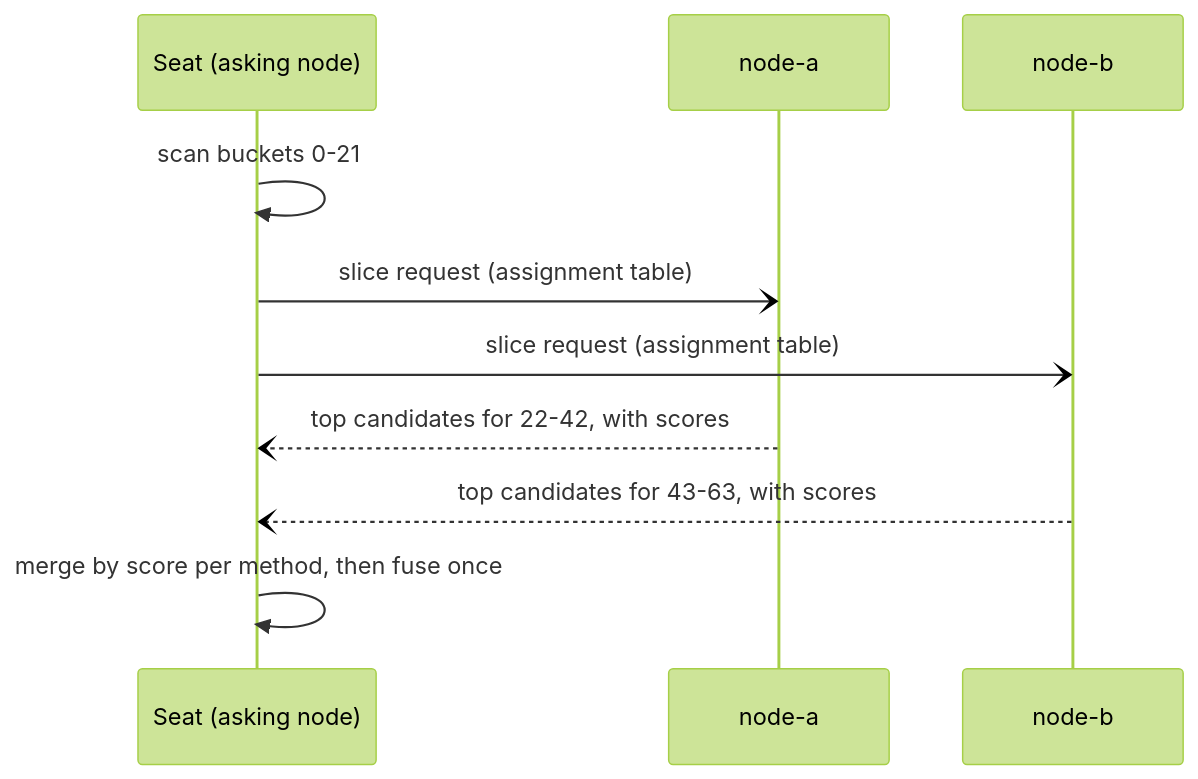
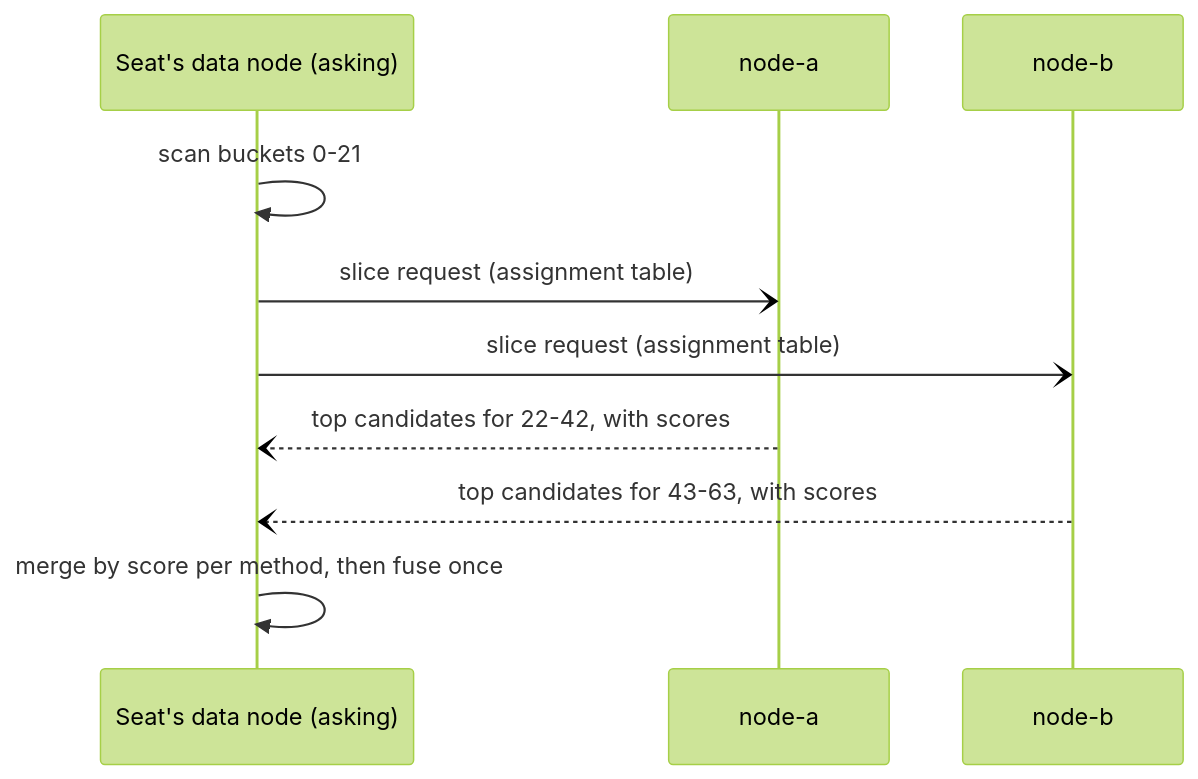
The diagram in docs/guides/search.md (crewlet/crewlet), drawn with Mermaid (forest theme) before and after one commit. The commit also changed other lines of this file and 106 other files, not shown here.

````diff
--- a/docs/guides/search.md
+++ b/docs/guides/search.md
@@ -184,12 +186,12 @@
 ```mermaid
 sequenceDiagram
-    participant S as Seat (asking node)
+    participant S as Seat's data node (asking)
     participant A as node-a
     participant B as node-b
     S->>S: scan buckets 0-21
     S-)A: slice request (assignment table)
     S-)B: slice request (assignment table)
     A--)S: top candidates for 22-42, with scores
     B--)S: top candidates for 43-63, with scores
     S->>S: merge by score per method, then fuse once
 ```
````
